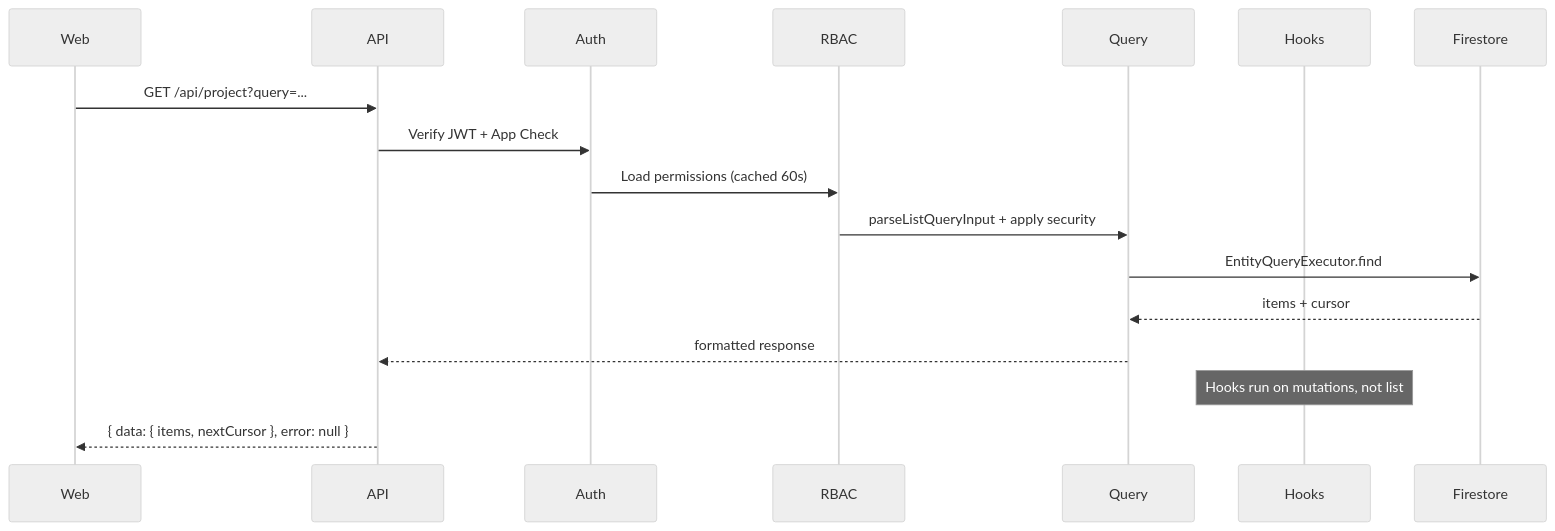
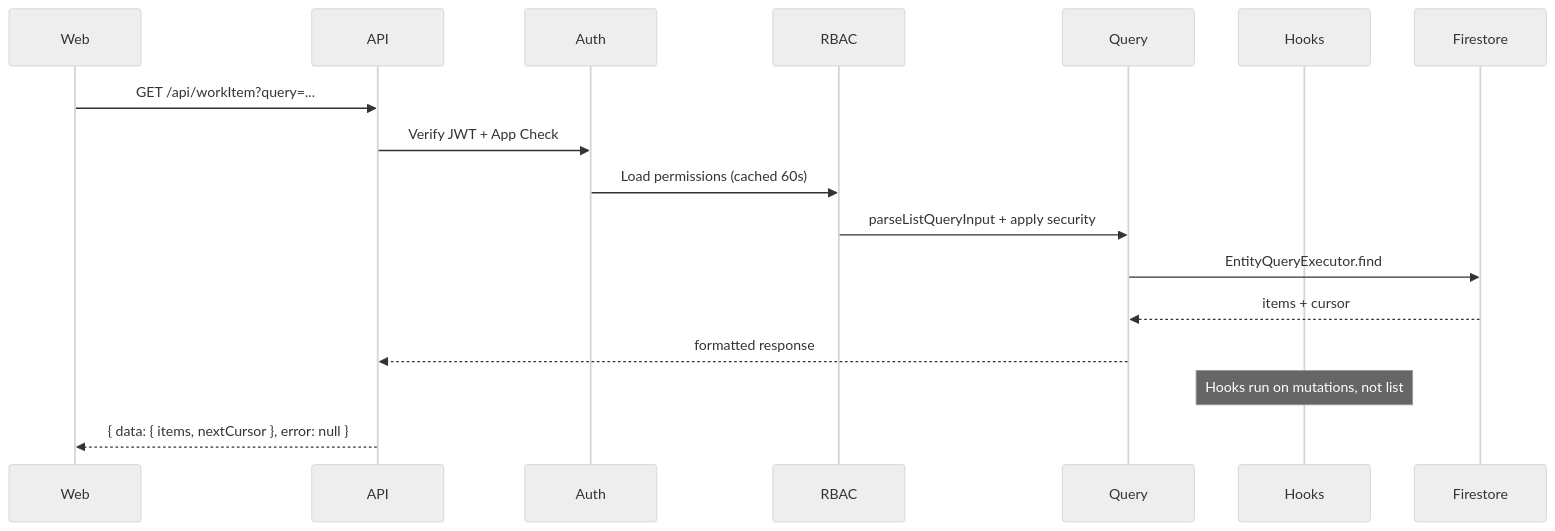
Before and after one commit to AndresLGomezO/spa-base: the second of 2 diagrams in docs/phase-2-platform-handoff.md, drawn with Mermaid (neutral theme). The commit also changed other lines of this file and 35 other files, not shown here.

````diff
--- a/docs/phase-2-platform-handoff.md
+++ b/docs/phase-2-platform-handoff.md
@@ -158,20 +147,20 @@
 ```mermaid
 sequenceDiagram
   participant Web
   participant API
   participant Auth
   participant RBAC
   participant Query
   participant Hooks
   participant FS as Firestore
 
-  Web->>API: GET /api/project?query=...
+  Web->>API: GET /api/workItem?query=...
   API->>Auth: Verify JWT + App Check
   Auth->>RBAC: Load permissions (cached 60s)
   RBAC->>Query: parseListQueryInput + apply security
   Query->>FS: EntityQueryExecutor.find
   FS-->>Query: items + cursor
   Query-->>API: formatted response
   Note over Hooks: Hooks run on mutations, not list
   API-->>Web: { data: { items, nextCursor }, error: null }
 ```
````
